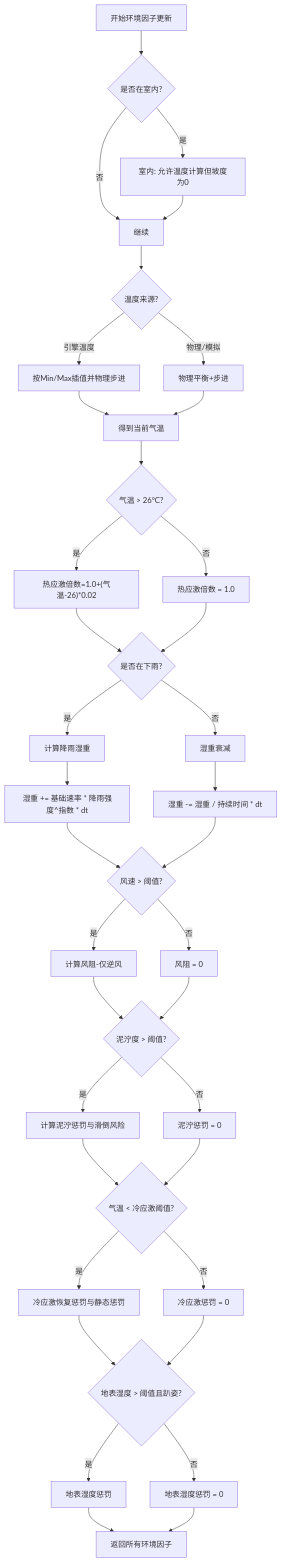
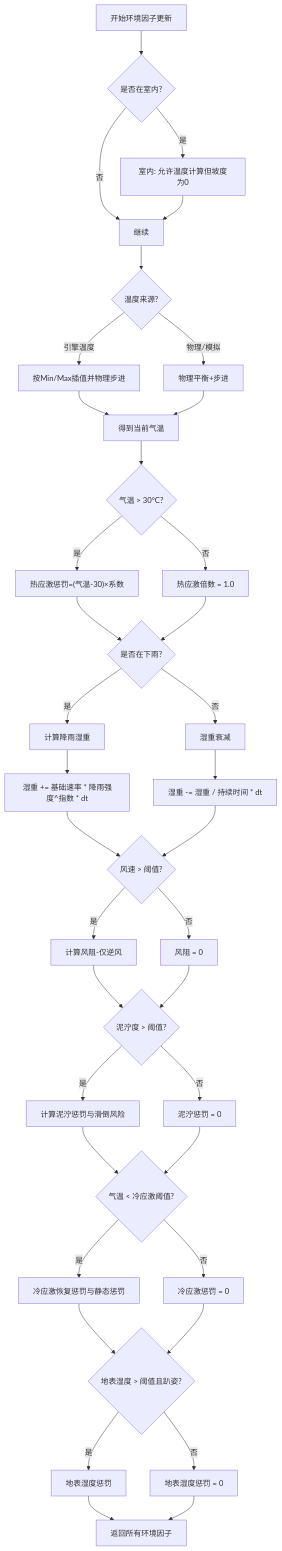
One commit to ViVi141/Realistic-Stamina-System changed the fifth of 5 diagrams in docs/体力系统计算逻辑文档.md. Above: the diagram before and after it, drawn with Mermaid. The commit also changed other lines of this file, not shown here.

````diff
--- a/docs/体力系统计算逻辑文档.md
+++ b/docs/体力系统计算逻辑文档.md
@@ -214,54 +214,54 @@
 ```mermaid
 graph TD
     A[开始环境因子更新] --> B{是否在室内?}
     B -->|是| C[室内: 允许温度计算但坡度为0]
     B -->|否| D[继续]
     
     C --> D
     D --> E{温度来源?}
     E -->|引擎温度| F[按Min/Max插值并物理步进]
     E -->|物理/模拟| G[物理平衡+步进]
     
     F --> H[得到当前气温]
     G --> H
     
-    H --> I{气温 > 26°C?}
-    I -->|是| J["热应激倍数=1.0+(气温-26)*0.02"]
+    H --> I{气温 > 30°C?}
+    I -->|是| J["热应激惩罚=(气温-30)×系数"]
     I -->|否| K[热应激倍数 = 1.0]
     
     J --> L{是否在下雨?}
     K --> L
     
     L -->|是| M[计算降雨湿重]
     L -->|否| N[湿重衰减]
     
     M --> O["湿重 += 基础速率 * 降雨强度^指数 * dt"]
     N --> P["湿重 -= 湿重 / 持续时间 * dt"]
     
     O --> Q{风速 > 阈值?}
     P --> Q
     
     Q -->|是| R["计算风阻-仅逆风"]
     Q -->|否| S["风阻 = 0"]
     
     R --> T{泥泞度 > 阈值?}
     S --> T
     
     T -->|是| U[计算泥泞惩罚与滑倒风险]
     T -->|否| V[泥泞惩罚 = 0]
     
     U --> W{气温 < 冷应激阈值?}
     V --> W
     
     W -->|是| X[冷应激恢复惩罚与静态惩罚]
     W -->|否| Y[冷应激惩罚 = 0]
     
     X --> Z{地表湿度 > 阈值且趴姿?}
     Y --> Z
     
     Z -->|是| AA[地表湿度惩罚]
     Z -->|否| AB[地表湿度惩罚 = 0]
     
     AA --> AC[返回所有环境因子]
     AB --> AC
 ```
````
